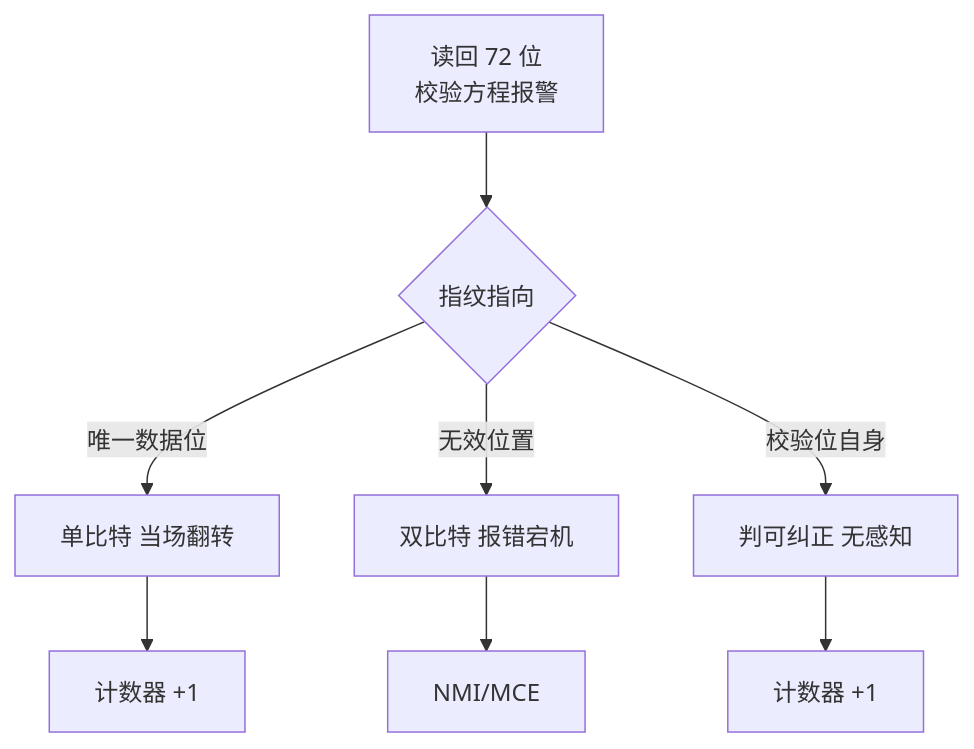
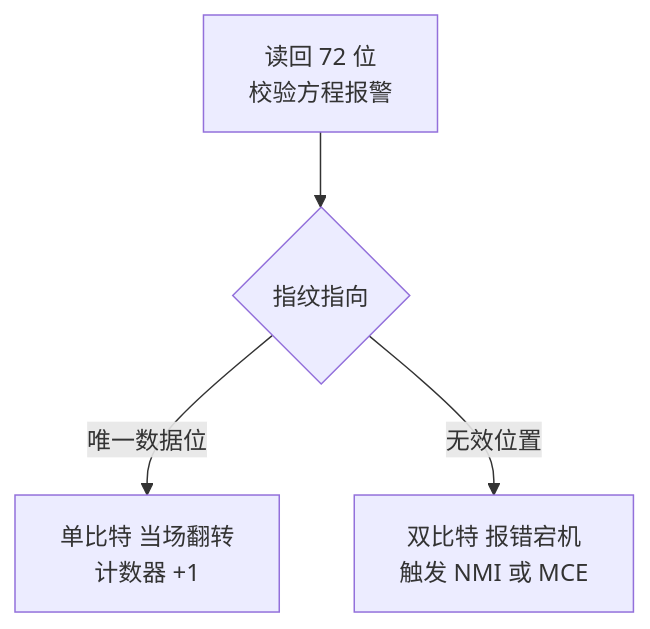
One commit to hub138/technical-knowledge changed the second of 2 diagrams in vault/工程知识/性能工程：从用户等待到资源瓶颈/处理器与内存/ECC内存把单比特错误挡在报告之前.md. Above: the diagram before and after it, drawn with Mermaid. The commit also changed other lines of this file and 622 other files, not shown here.

````diff
--- a/vault/工程知识/性能工程：从用户等待到资源瓶颈/处理器与内存/ECC内存把单比特错误挡在报告之前.md
+++ b/vault/工程知识/性能工程：从用户等待到资源瓶颈/处理器与内存/ECC内存把单比特错误挡在报告之前.md
@@ -41,10 +53,6 @@
 ```mermaid
 flowchart TB
     a["读回 72 位<br/>校验方程报警"] --> b{"指纹指向"}
-    b -->|"唯一数据位"| c1["单比特 当场翻转"]
-    b -->|"无效位置"| c2["双比特 报错宕机"]
-    b -->|"校验位自身"| c3["判可纠正 无感知"]
-    c1 --> d1["计数器 +1"]
-    c2 --> d2["NMI/MCE"]
-    c3 --> d3["计数器 +1"]
+    b -->|"唯一数据位"| c1["单比特 当场翻转<br/>计数器 +1"]
+    b -->|"无效位置"| c2["双比特 报错宕机<br/>触发 NMI 或 MCE"]
 ```
````
